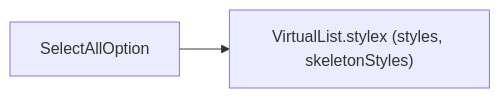
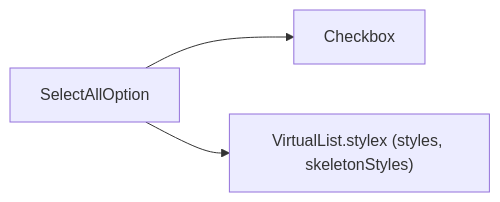
One commit to luciocabrera/lcabrera-stack changed the first of 2 diagrams in apps/react-router/src/components/VirtualList/SelectAllOption/ARCHITECTURE.md. Above: the diagram before and after it, drawn with Mermaid. The commit also changed other lines of this file and 16 other files, not shown here.

````diff
--- a/apps/react-router/src/components/VirtualList/SelectAllOption/ARCHITECTURE.md
+++ b/apps/react-router/src/components/VirtualList/SelectAllOption/ARCHITECTURE.md
@@ -16,4 +16,5 @@
 ```mermaid
 graph LR
+  SAO["SelectAllOption"] --> Checkbox["Checkbox"]
   SAO["SelectAllOption"] --> VL_stylex["VirtualList.stylex (styles, skeletonStyles)"]
 ```
````
